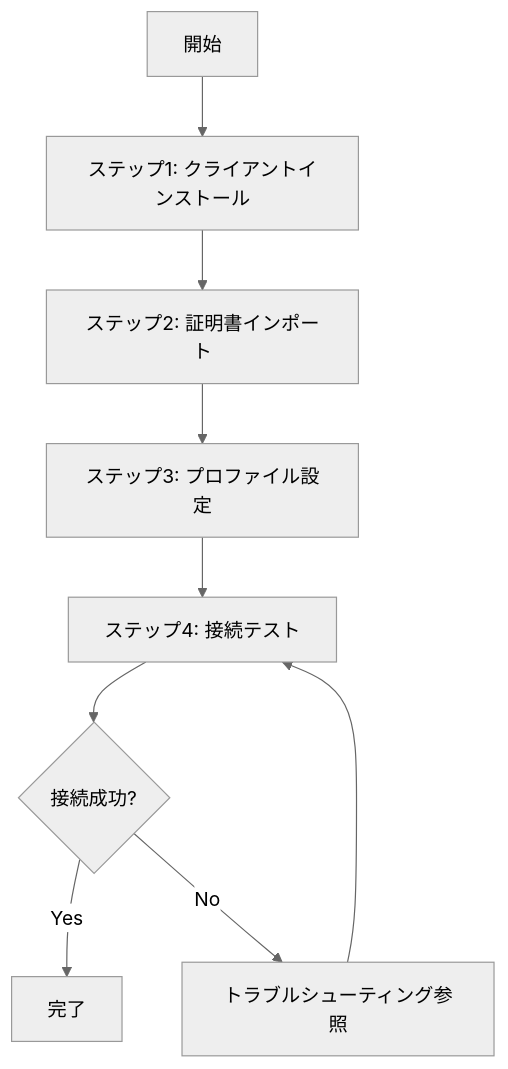
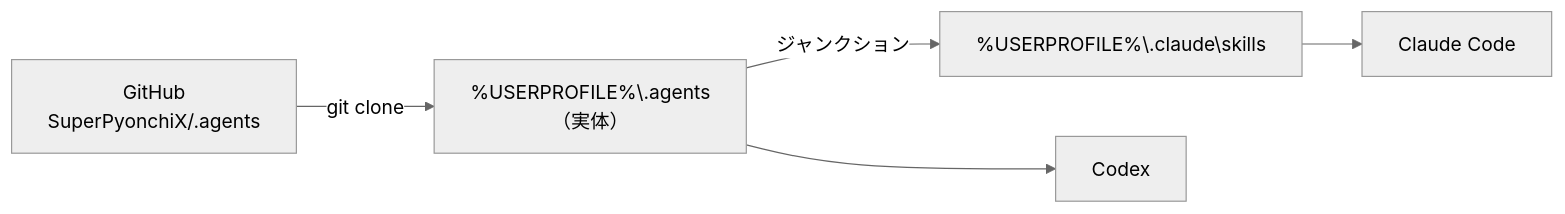
One commit to SuperPyonchiX/.agents changed the diagram in skills/markdown-doc/examples/procedure.md. Above: the diagram before and after it, drawn with Mermaid (neutral theme). The commit also changed other lines of this file and 3 other files, not shown here.

````diff
--- a/skills/markdown-doc/examples/procedure.md
+++ b/skills/markdown-doc/examples/procedure.md
@@ -65,11 +29,7 @@
 ```mermaid
-flowchart TD
-    A[開始] --> B[ステップ1: クライアントインストール]
-    B --> C[ステップ2: 証明書インポート]
-    C --> D[ステップ3: プロファイル設定]
-    D --> E[ステップ4: 接続テスト]
-    E --> F{接続成功?}
-    F -->|Yes| G[完了]
-    F -->|No| H[トラブルシューティング参照]
-    H --> E
+flowchart LR
+    A["GitHub<br/>SuperPyonchiX/.agents"] -->|git clone| B["%USERPROFILE%\.agents<br/>（実体）"]
+    B -->|ジャンクション| C["%USERPROFILE%\.claude\skills"]
+    C --> D[Claude Code]
+    B --> E[Codex]
 ```
````
